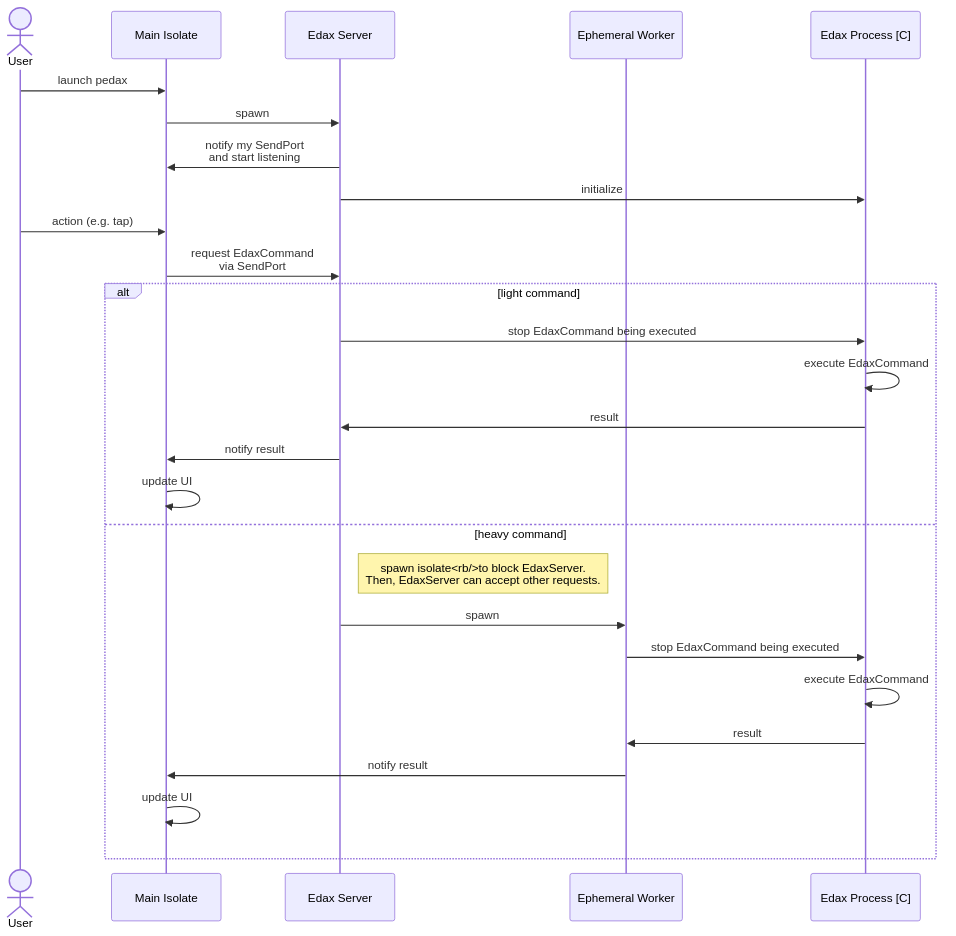
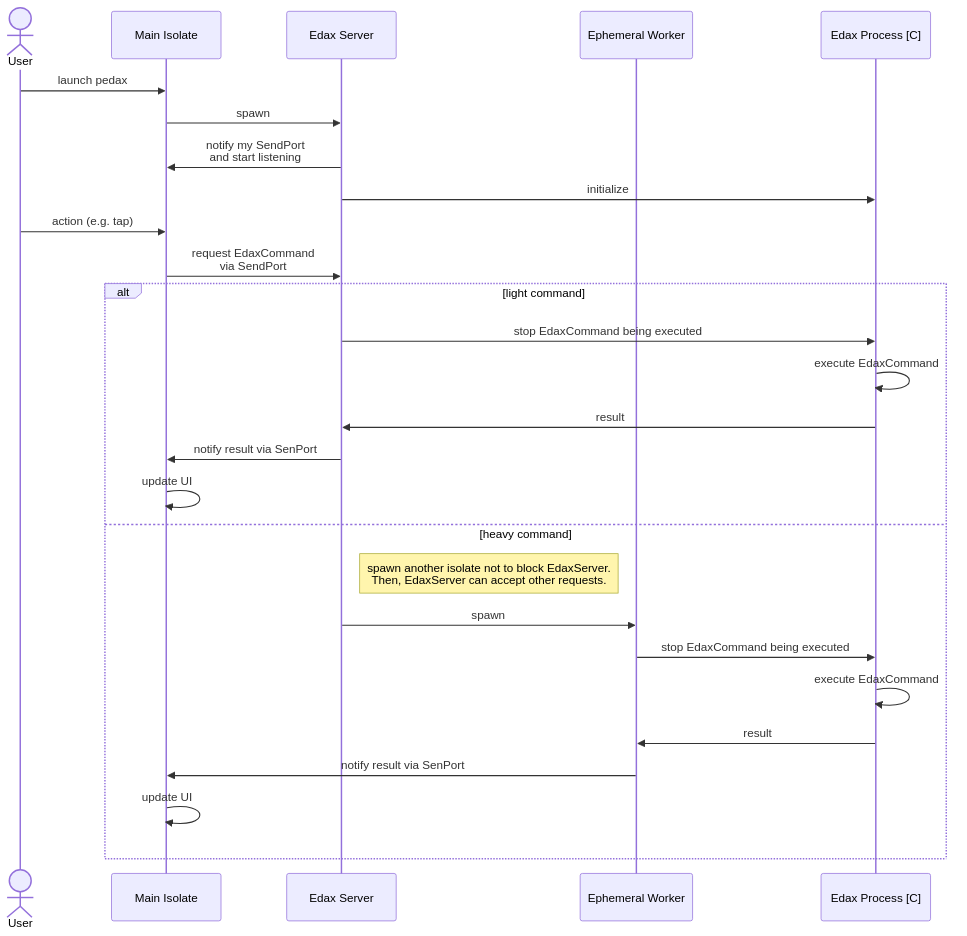
The diagram in README.md (sensuikan1973/pedax), drawn with Mermaid before and after one commit.

````diff
--- a/README.md
+++ b/README.md
@@ -50,39 +50,39 @@
 ```mermaid
 %% https://mermaid-js.github.io/mermaid/#/sequenceDiagram
 sequenceDiagram
   actor User
   participant MainIsolate as Main Isolate
   participant EdaxServer as Edax Server
   participant EphemeralWorker as Ephemeral Worker
   participant EdaxProcess as Edax Process [C]
 
   link EdaxServer: source @ https://github.com/sensuikan1973/pedax/tree/main/lib/engine
   link EdaxServer: caller @ https://github.com/sensuikan1973/pedax/blob/main/lib/models/board_notifier.dart
   link EphemeralWorker: source @ https://github.com/sensuikan1973/pedax/tree/main/lib/engine
   link EdaxProcess: binding source (Dart) @ https://github.com/sensuikan1973/libedax4dart
   link EdaxProcess: origin source(C) @ https://github.com/sensuikan1973/edax-reversi/tree/libedax_sensuikan1973
 
   User ->> MainIsolate: launch pedax
   MainIsolate ->> EdaxServer: spawn
   EdaxServer ->> MainIsolate: notify my SendPort<br/>and start listening
   EdaxServer ->> EdaxProcess: initialize
 
   User ->> MainIsolate: action (e.g. tap)
   MainIsolate ->> EdaxServer: request EdaxCommand<br/>via SendPort
 
   alt light command
     EdaxServer ->> EdaxProcess: stop EdaxCommand being executed
     EdaxProcess ->> EdaxProcess: execute EdaxCommand
     EdaxProcess ->> EdaxServer: result
-    EdaxServer ->> MainIsolate: notify result
+    EdaxServer ->> MainIsolate: notify result via SenPort
     MainIsolate ->> MainIsolate: update UI
   else heavy command
-    note right of EdaxServer: spawn isolate<rb/>to block EdaxServer.<br>Then, EdaxServer can accept other requests.
+    note right of EdaxServer: spawn another isolate not to block EdaxServer.<br>Then, EdaxServer can accept other requests.
     EdaxServer ->> EphemeralWorker: spawn
     EphemeralWorker ->> EdaxProcess: stop EdaxCommand being executed
     EdaxProcess ->> EdaxProcess: execute EdaxCommand
     EdaxProcess ->> EphemeralWorker: result
-    EphemeralWorker ->> MainIsolate: notify result
+    EphemeralWorker ->> MainIsolate: notify result via SenPort
     MainIsolate ->> MainIsolate: update UI
   end
 ```
````
